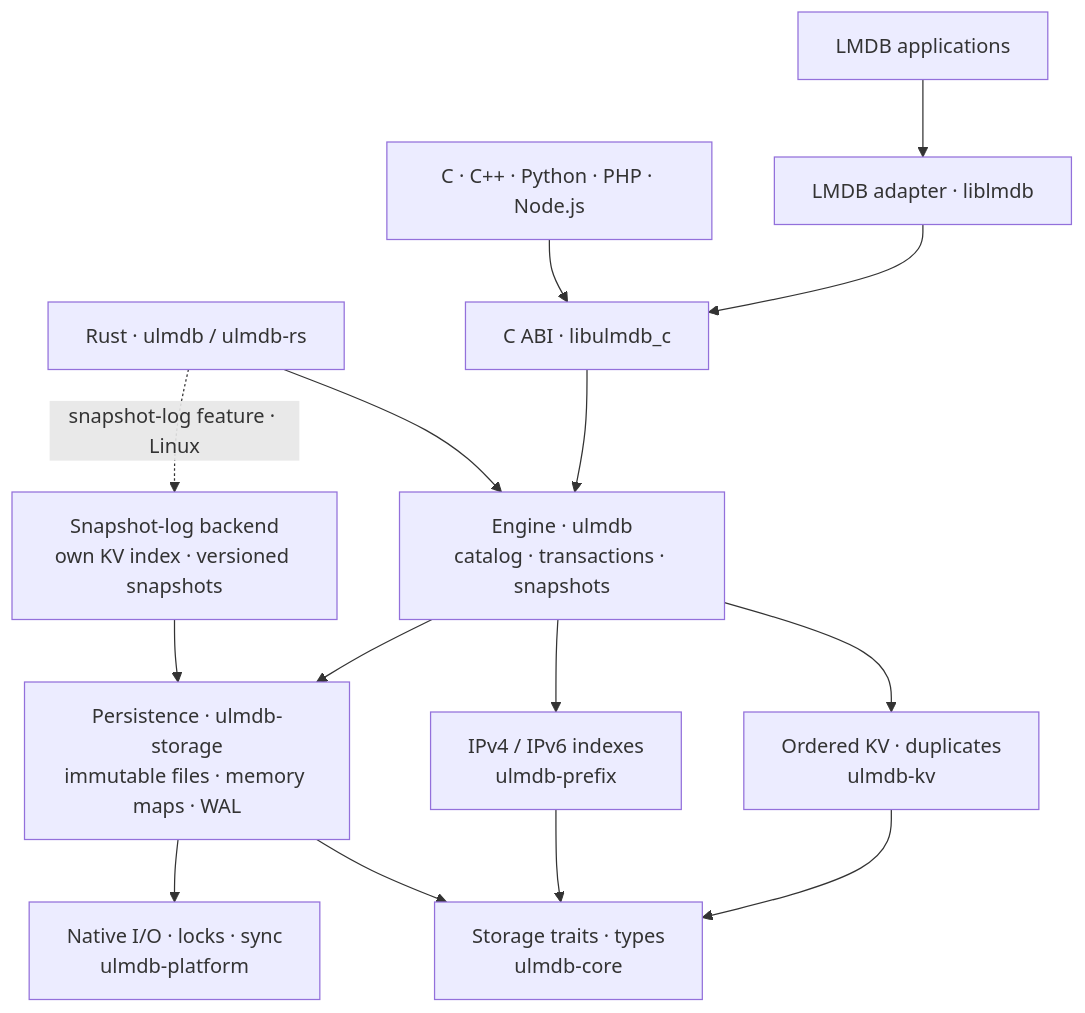
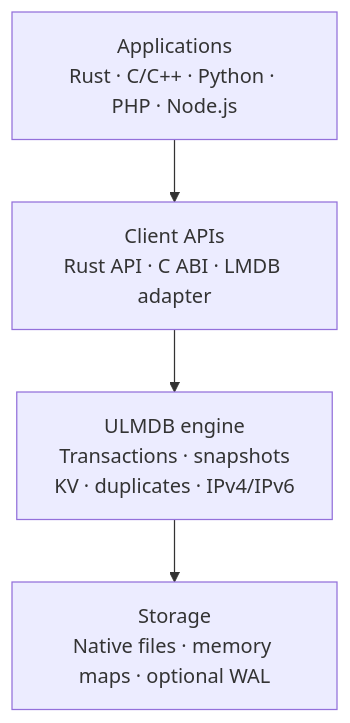
The diagram in README.md (cwittenberg/ulmdb), drawn with Mermaid before and after one commit.

````diff
--- a/README.md
+++ b/README.md
@@ -18,19 +18,9 @@
 ```mermaid
 flowchart TD
-    Rust["Rust · ulmdb / ulmdb-rs"] --> Engine["Engine · ulmdb<br/>catalog · transactions · snapshots"]
-    Clients["C · C++ · Python · PHP · Node.js"] --> ABI["C ABI · libulmdb_c"]
-    LMDB["LMDB applications"] --> Adapter["LMDB adapter · liblmdb"]
-    Adapter --> ABI
-    ABI --> Engine
+    Apps["Applications<br/>Rust · C/C++ · Python · PHP · Node.js"]
+    API["Client APIs<br/>Rust API · C ABI · LMDB adapter"]
+    Engine["ULMDB engine<br/>Transactions · snapshots<br/>KV · duplicates · IPv4/IPv6"]
+    Storage["Storage<br/>Native files · memory maps · optional WAL"]
 
-    Engine --> KV["Ordered KV · duplicates<br/>ulmdb-kv"]
-    Engine --> IP["IPv4 / IPv6 indexes<br/>ulmdb-prefix"]
-    Engine --> Storage["Persistence · ulmdb-storage<br/>immutable files · memory maps · WAL"]
-    KV --> Core["Storage traits · types<br/>ulmdb-core"]
-    IP --> Core
-    Storage --> Core
-    Storage --> OS["Native I/O · locks · sync<br/>ulmdb-platform"]
-
-    Rust -. "snapshot-log feature · Linux" .-> Log["Snapshot-log backend<br/>own KV index · versioned snapshots"]
-    Log --> Storage
+    Apps --> API --> Engine --> Storage
 ```
````
